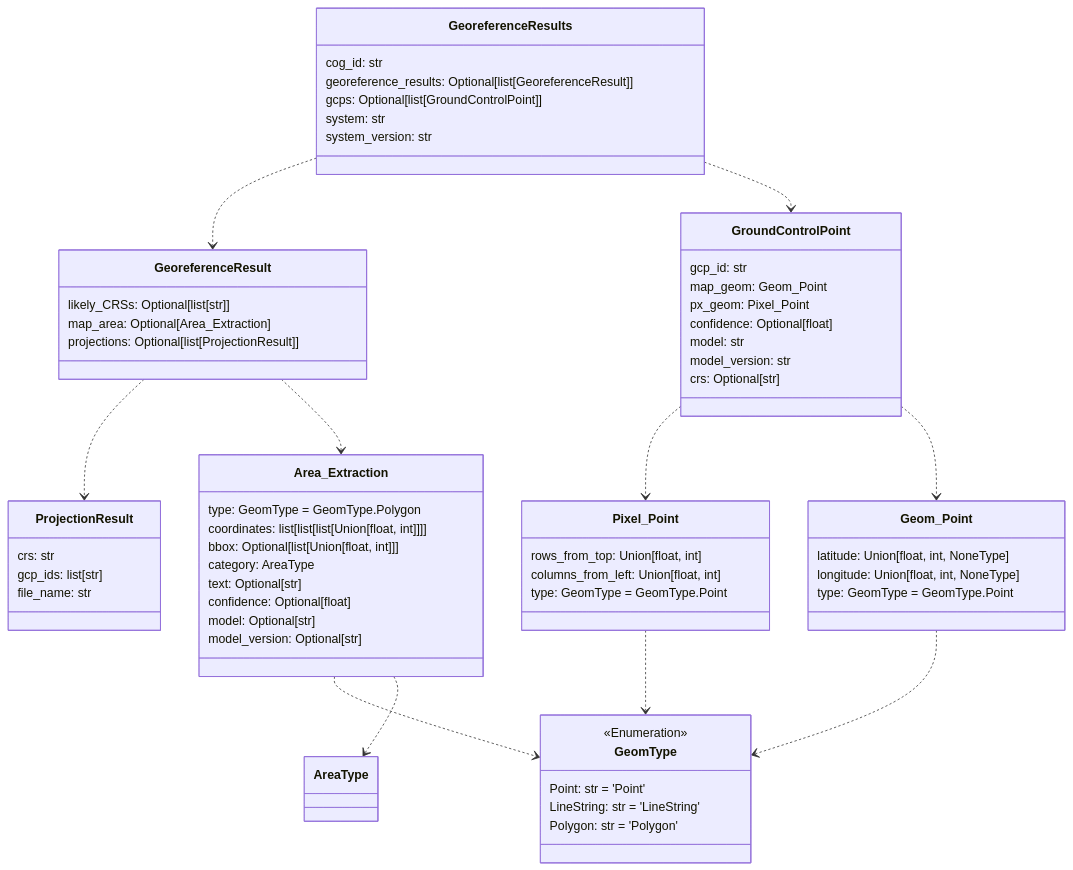
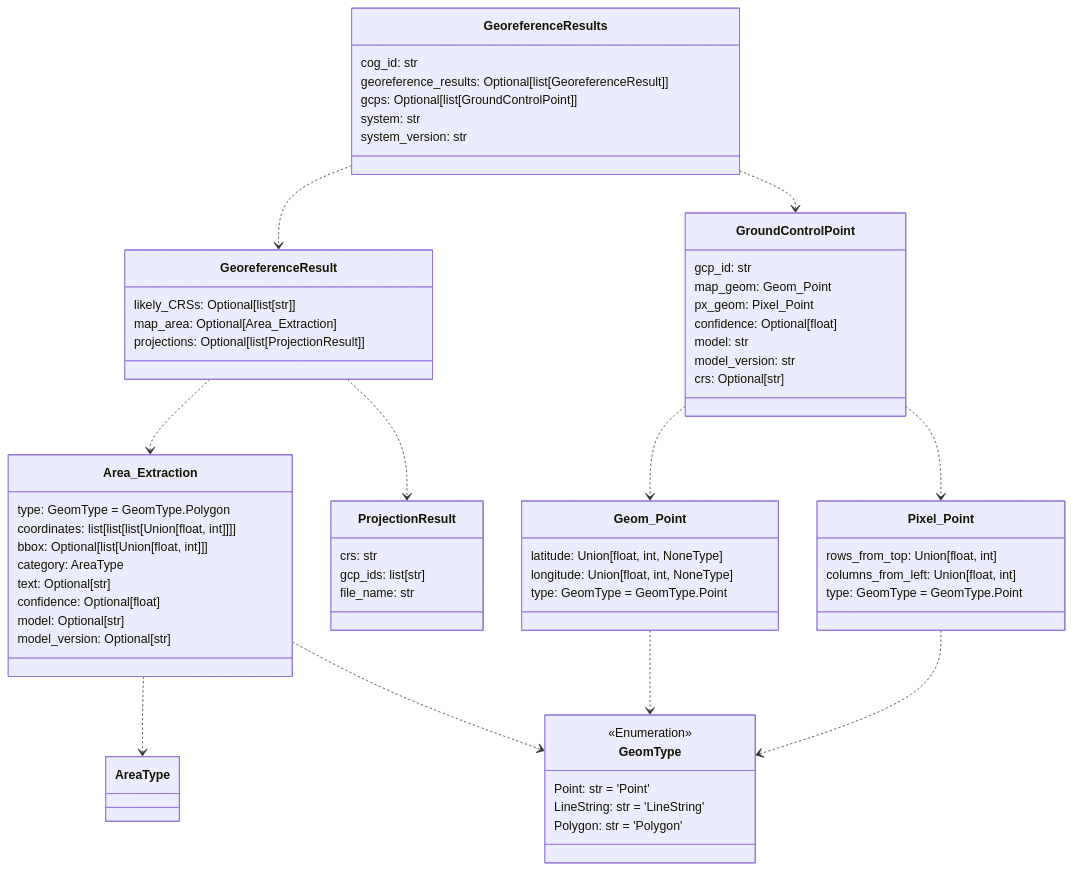
The second of 12 diagrams in README.md (DARPA-CRITICALMAAS/cdr_schemas), drawn with Mermaid before and after one commit. The commit also changed other lines of this file and 1 other file, not shown here.

````diff
--- a/README.md
+++ b/README.md
@@ -113,76 +113,76 @@
 ```mermaid
 classDiagram
-
-    class ProjectionResult {
-        crs: str
-        gcp_ids: list[str]
-        file_name: str
-    }
-
-    class GeoreferenceResults {
-        cog_id: str
-        georeference_results: Optional[list[GeoreferenceResult]]
-        gcps: Optional[list[GroundControlPoint]]
-        system: str
-        system_version: str
-    }
 
     class GeoreferenceResult {
         likely_CRSs: Optional[list[str]]
         map_area: Optional[Area_Extraction]
         projections: Optional[list[ProjectionResult]]
-    }
-
-    class Geom_Point {
-        latitude: Union[float, int, NoneType]
-        longitude: Union[float, int, NoneType]
-        type: GeomType = GeomType.Point
-    }
-
-    class GroundControlPoint {
-        gcp_id: str
-        map_geom: Geom_Point
-        px_geom: Pixel_Point
-        confidence: Optional[float]
-        model: str
-        model_version: str
-        crs: Optional[str]
-    }
-
-    class Pixel_Point {
-        rows_from_top: Union[float, int]
-        columns_from_left: Union[float, int]
-        type: GeomType = GeomType.Point
-    }
-
-    class GeomType {
-        <<Enumeration>>
-        Point: str = 'Point'
-        LineString: str = 'LineString'
-        Polygon: str = 'Polygon'
     }
 
     class Area_Extraction {
         type: GeomType = GeomType.Polygon
         coordinates: list[list[list[Union[float, int]]]]
         bbox: Optional[list[Union[float, int]]]
         category: AreaType
         text: Optional[str]
         confidence: Optional[float]
         model: Optional[str]
         model_version: Optional[str]
     }
 
+    class GeomType {
+        <<Enumeration>>
+        Point: str = 'Point'
+        LineString: str = 'LineString'
+        Polygon: str = 'Polygon'
+    }
+
+    class Pixel_Point {
+        rows_from_top: Union[float, int]
+        columns_from_left: Union[float, int]
+        type: GeomType = GeomType.Point
+    }
+
+    class ProjectionResult {
+        crs: str
+        gcp_ids: list[str]
+        file_name: str
+    }
+
+    class GroundControlPoint {
+        gcp_id: str
+        map_geom: Geom_Point
+        px_geom: Pixel_Point
+        confidence: Optional[float]
+        model: str
+        model_version: str
+        crs: Optional[str]
+    }
+
+    class GeoreferenceResults {
+        cog_id: str
+        georeference_results: Optional[list[GeoreferenceResult]]
+        gcps: Optional[list[GroundControlPoint]]
+        system: str
+        system_version: str
+    }
+
+    class Geom_Point {
+        latitude: Union[float, int, NoneType]
+        longitude: Union[float, int, NoneType]
+        type: GeomType = GeomType.Point
+    }
+
+    Area_Extraction ..> AreaType
     Area_Extraction ..> GeomType
-    Area_Extraction ..> AreaType
     Geom_Point ..> GeomType
     Pixel_Point ..> GeomType
+    GroundControlPoint ..> Geom_Point
     GroundControlPoint ..> Pixel_Point
-    GroundControlPoint ..> Geom_Point
+    GeoreferenceResult ..> Area_Extraction
     GeoreferenceResult ..> ProjectionResult
-    GeoreferenceResult ..> Area_Extraction
     GeoreferenceResults ..> GeoreferenceResult
     GeoreferenceResults ..> GroundControlPoint
 
 
 ```
````
